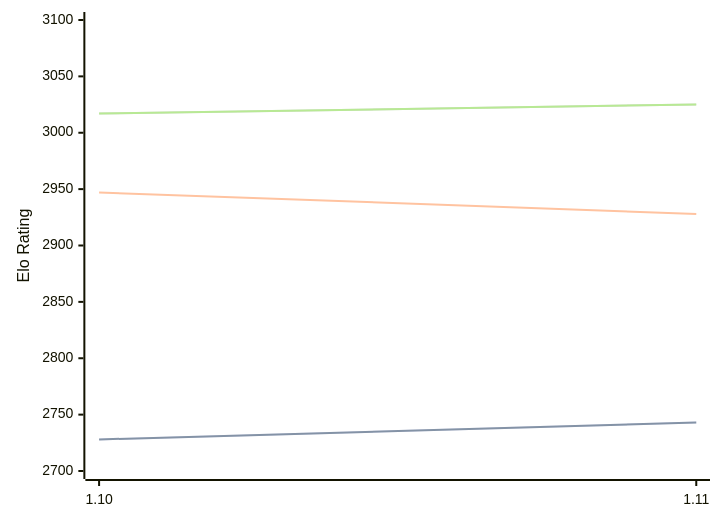
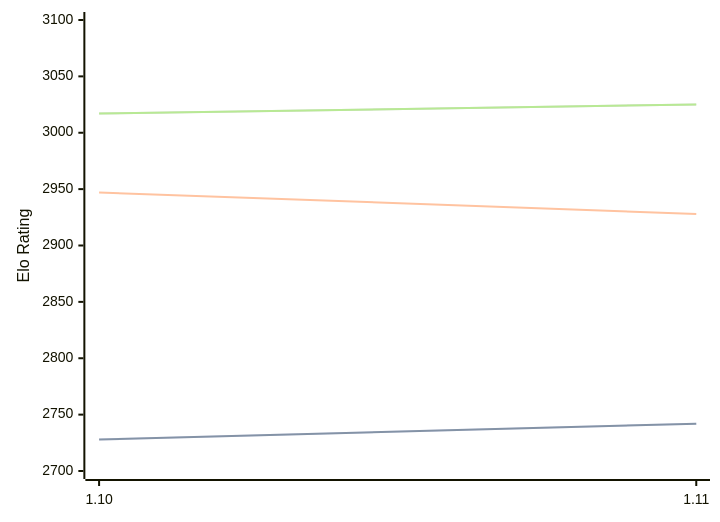
Before and after one commit to computer-chess-index/cci: the first of 3 diagrams in engines/Roc.md, drawn with Mermaid. The commit also changed other lines of this file, not shown here.

````diff
--- a/engines/Roc.md
+++ b/engines/Roc.md
@@ -65,11 +65,11 @@
 ```mermaid
 %%{init: {"theme":"base","themeVariables":{"seriesColors:['#a3a3a3','#222221','#faa371']}}}%%
 xychart-beta
   x-axis ["1.10", "1.11"]
   y-axis "Elo Rating" 2700 --> 3100
-  line "STC (8.0+0.08s)" [2728, 2743]
-  line "STC (8.0+0.08s)" [2728, 2743]
+  line "STC (8.0+0.08s)" [2728, 2742]
+  line "STC (8.0+0.08s)" [2728, 2742]
   line "LTC (60.0+0.60s)" [2947, 2928]
   line "VLTC (2m24s+1.12s)" [3017, 3025]
   line "VLTC (2m24s+1.12s)" [3017, 3025]
 ```
````
